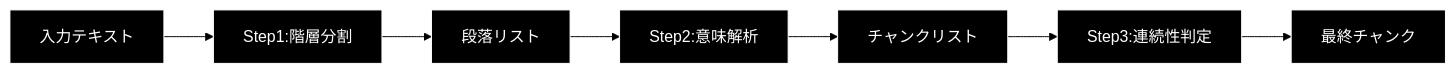
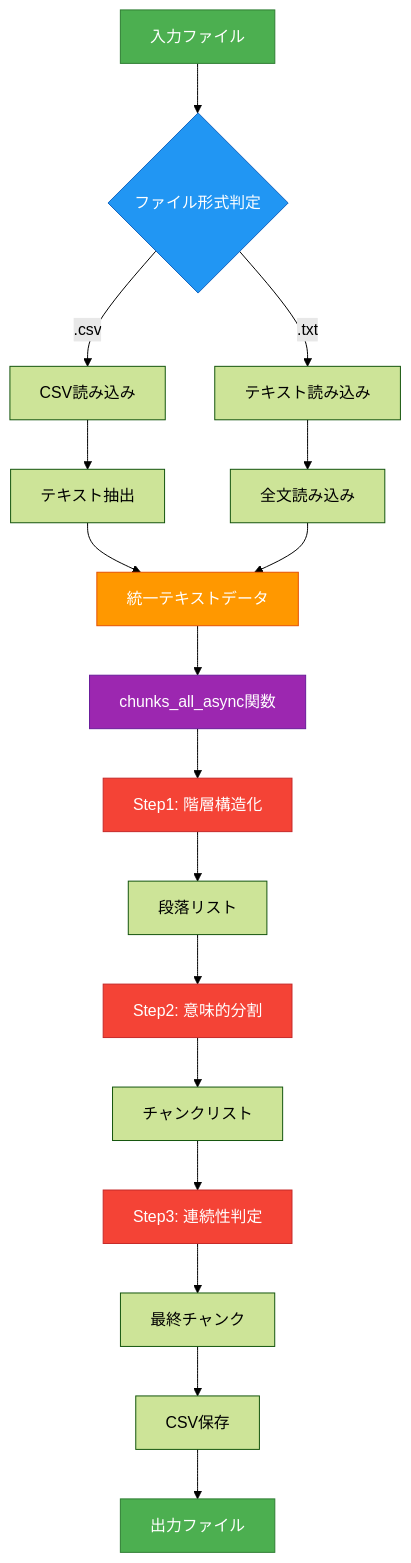
The diagram in chunking/doc/csv_text_to_chunks_text_csv.md (nakashima2toshio/gemini_grace_agent), drawn with Mermaid (forest theme) before and after one commit. The commit also changed other lines of this file and 5 other files, not shown here.

````diff
--- a/chunking/doc/csv_text_to_chunks_text_csv.md
+++ b/chunking/doc/csv_text_to_chunks_text_csv.md
@@ -145,17 +121,35 @@
 ```mermaid
-graph LR
-    A[入力テキスト] --> B[Step1:階層分割]
-    B --> C[段落リスト]
-    C --> D[Step2:意味解析]
-    D --> E[チャンクリスト]
-    E --> F[Step3:連続性判定]
-    F --> G[最終チャンク]
+graph TB
+    A[入力ファイル] --> B{ファイル形式判定}
+    B -->|.csv| C[CSV読み込み]
+    B -->|.txt| D[テキスト読み込み]
 
-    style A fill:#000,stroke:#fff,color:#fff
-    style B fill:#000,stroke:#fff,color:#fff
-    style C fill:#000,stroke:#fff,color:#fff
-    style D fill:#000,stroke:#fff,color:#fff
-    style E fill:#000,stroke:#fff,color:#fff
-    style F fill:#000,stroke:#fff,color:#fff
-    style G fill:#000,stroke:#fff,color:#fff
+    C --> E[テキスト抽出]
+    D --> F[全文読み込み]
+
+    E --> G[統一テキストデータ]
+    F --> G
+
+    G --> H[chunks_all_async関数]
+
+    H --> I[Step1: 階層構造化]
+    I --> J[段落リスト]
+
+    J --> K[Step2: 意味的分割]
+    K --> L[チャンクリスト]
+
+    L --> M[Step3: 連続性判定]
+    M --> N[最終チャンク]
+
+    N --> O[CSV保存]
+    O --> P[出力ファイル]
+
+    style A fill:#4CAF50,stroke:#2E7D32,color:#fff
+    style B fill:#2196F3,stroke:#1565C0,color:#fff
+    style G fill:#FF9800,stroke:#E65100,color:#fff
+    style H fill:#9C27B0,stroke:#6A1B9A,color:#fff
+    style I fill:#F44336,stroke:#C62828,color:#fff
+    style K fill:#F44336,stroke:#C62828,color:#fff
+    style M fill:#F44336,stroke:#C62828,color:#fff
+    style P fill:#4CAF50,stroke:#2E7D32,color:#fff
 ```
````
